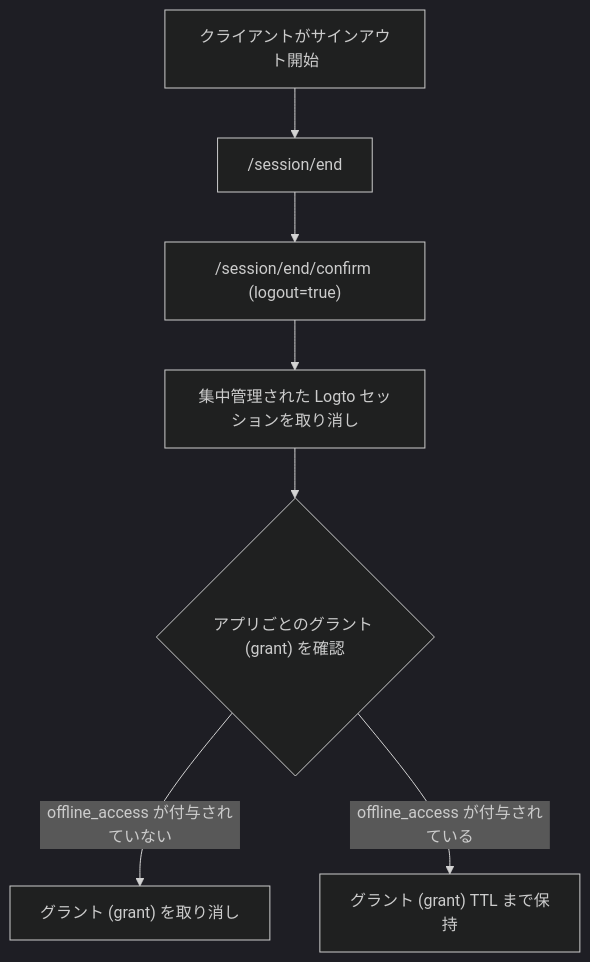
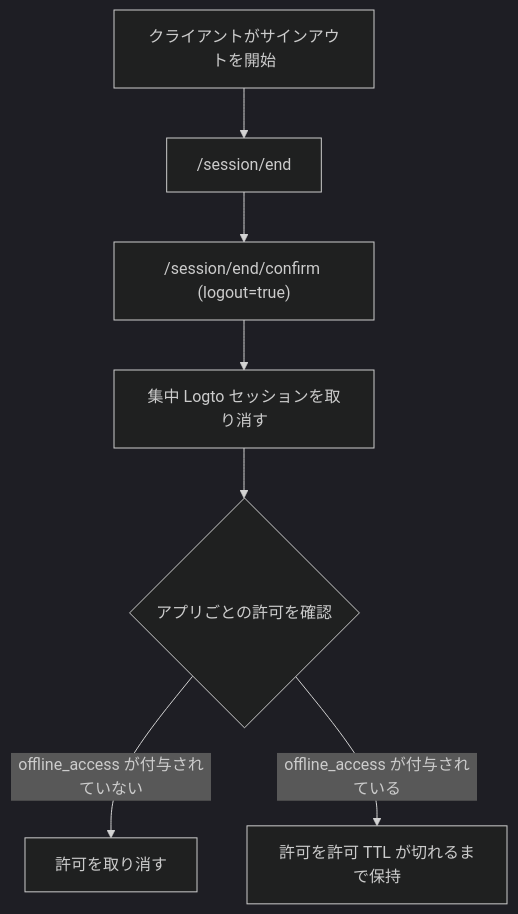
The diagram in i18n/ja/docusaurus-plugin-content-docs/current/end-user-flows/sign-out.mdx (logto-io/docs), drawn with Mermaid (dark theme) before and after one commit. The commit also changed other lines of this file and 102 other files, not shown here.

````diff
--- a/i18n/ja/docusaurus-plugin-content-docs/current/end-user-flows/sign-out.mdx
+++ b/i18n/ja/docusaurus-plugin-content-docs/current/end-user-flows/sign-out.mdx
@@ -179,9 +45,9 @@
 ```mermaid
 flowchart TD
-  A["クライアントがサインアウト開始"] --> B["/session/end"]
+  A["クライアントがサインアウトを開始"] --> B["/session/end"]
   B --> C["/session/end/confirm (logout=true)"]
-  C --> D["集中管理された Logto セッションを取り消し"]
-  D --> E{"アプリごとのグラント (grant) を確認"}
-  E -->|"offline_access が付与されていない"| F["グラント (grant) を取り消し"]
-  E -->|"offline_access が付与されている"| G["グラント (grant) TTL まで保持"]
+  C --> D["集中 Logto セッションを取り消す"]
+  D --> E{"アプリごとの許可を確認"}
+  E -->|"offline_access が付与されていない"| F["許可を取り消す"]
+  E -->|"offline_access が付与されている"| G["許可を許可 TTL が切れるまで保持"]
 ```
````
